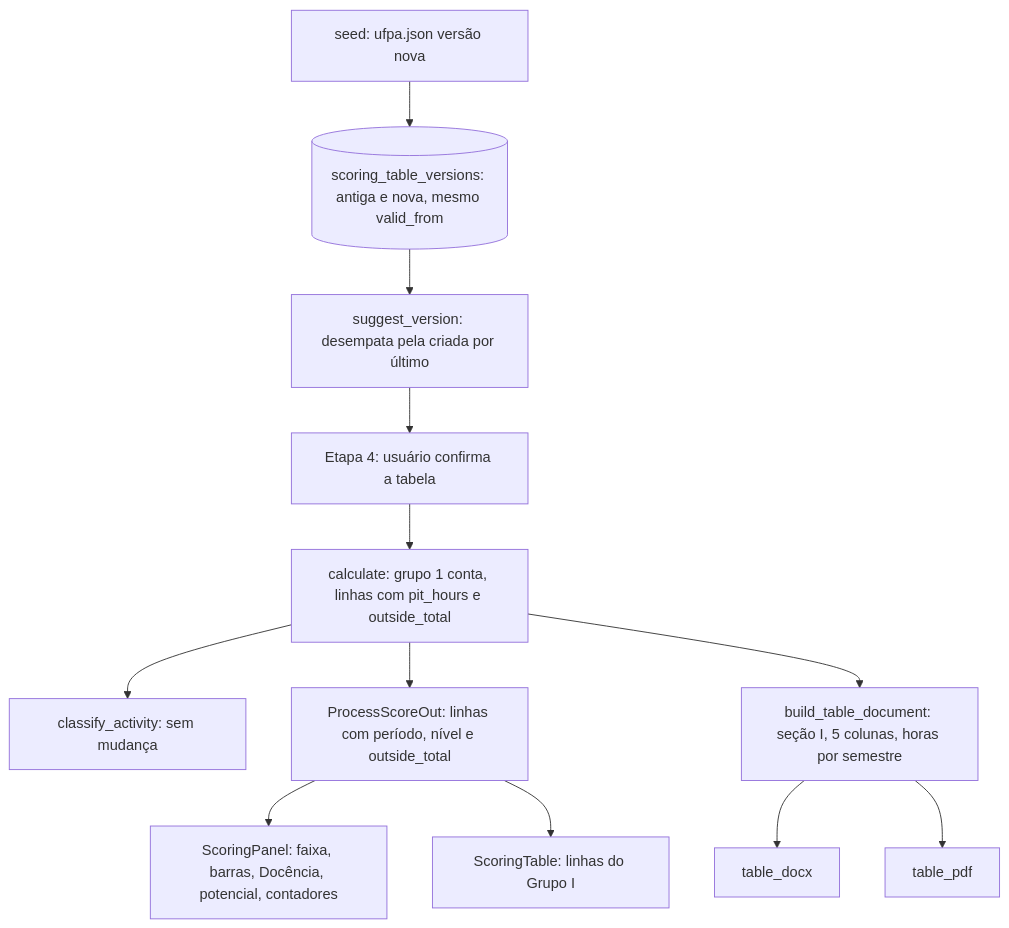
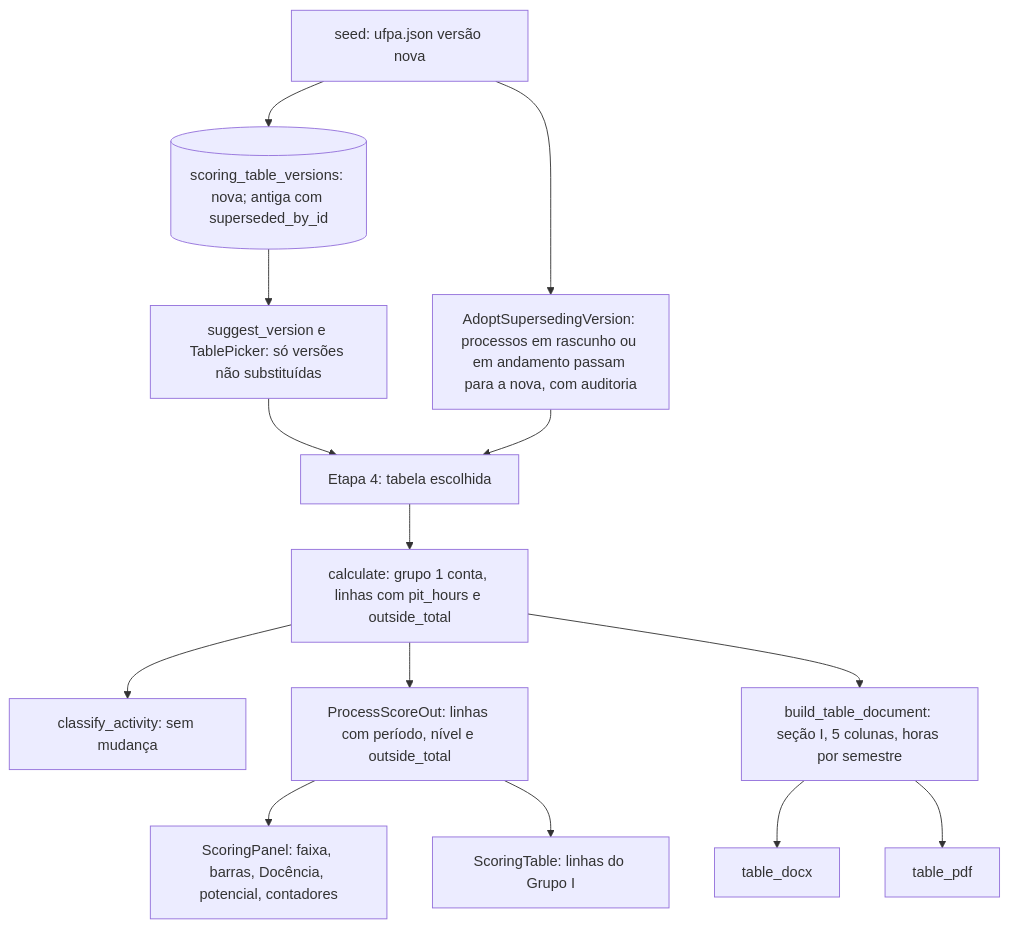
One commit to eltonsarmanho/ProgressaoFuncionalPiloto changed the diagram in .specs/features/grupo-i-no-total/design.md. Above: the diagram before and after it, drawn with Mermaid. The commit also changed other lines of this file and 4 other files, not shown here.

````diff
--- a/.specs/features/grupo-i-no-total/design.md
+++ b/.specs/features/grupo-i-no-total/design.md
@@ -28,14 +31,16 @@
 ```mermaid
 graph TD
-    SEED[seed: ufpa.json versão nova] --> V[(scoring_table_versions: antiga e nova, mesmo valid_from)]
-    V --> SUG[suggest_version: desempata pela criada por último]
-    SUG --> CH[Etapa 4: usuário confirma a tabela]
+    SEED[seed: ufpa.json versão nova] --> V[(scoring_table_versions: nova; antiga com superseded_by_id)]
+    SEED --> ADOPT[AdoptSupersedingVersion: processos em rascunho ou em andamento passam para a nova, com auditoria]
+    V --> SUG[suggest_version e TablePicker: só versões não substituídas]
+    SUG --> CH[Etapa 4: tabela escolhida]
+    ADOPT --> CH
     CH --> ENG[calculate: grupo 1 conta, linhas com pit_hours e outside_total]
     ENG --> VAL[classify_activity: sem mudança]
     ENG --> API[ProcessScoreOut: linhas com período, nível e outside_total]
     API --> PAINEL[ScoringPanel: faixa, barras, Docência, potencial, contadores]
     API --> TAB[ScoringTable: linhas do Grupo I]
     ENG --> DOC[build_table_document: seção I, 5 colunas, horas por semestre]
     DOC --> DOCX[table_docx]
     DOC --> PDF[table_pdf]
 ```
````
